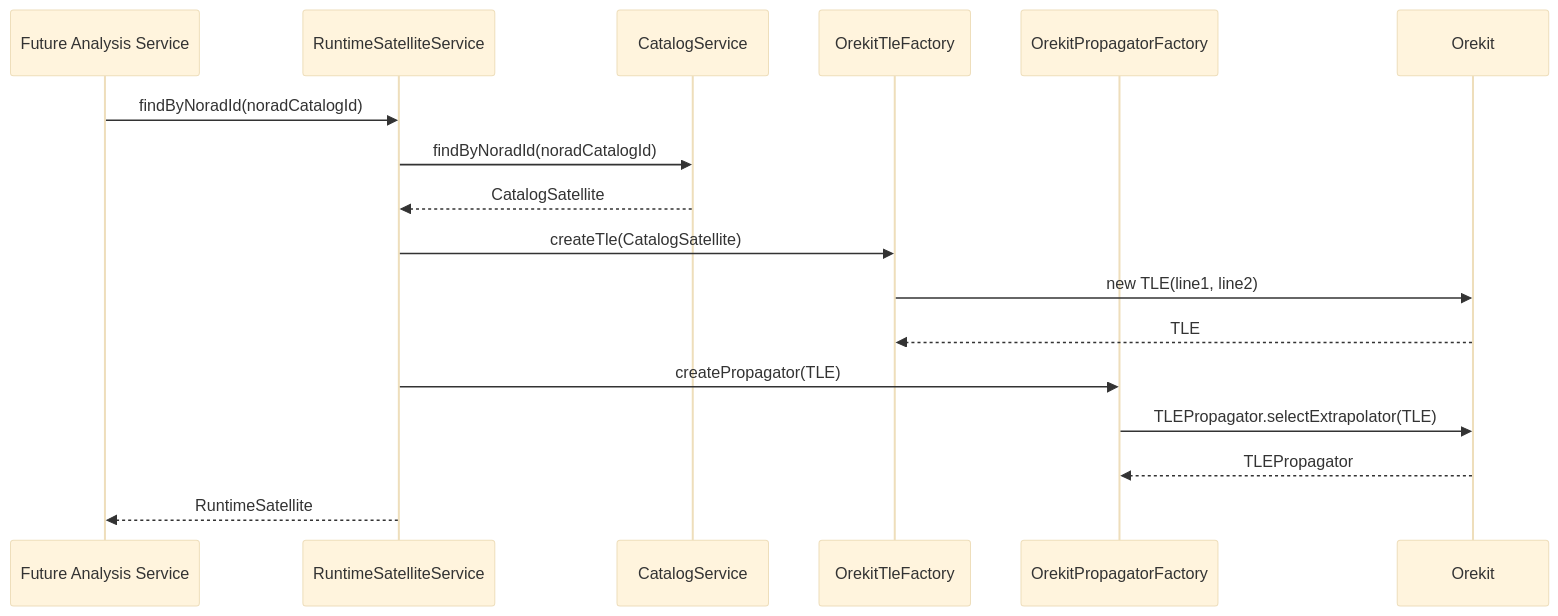
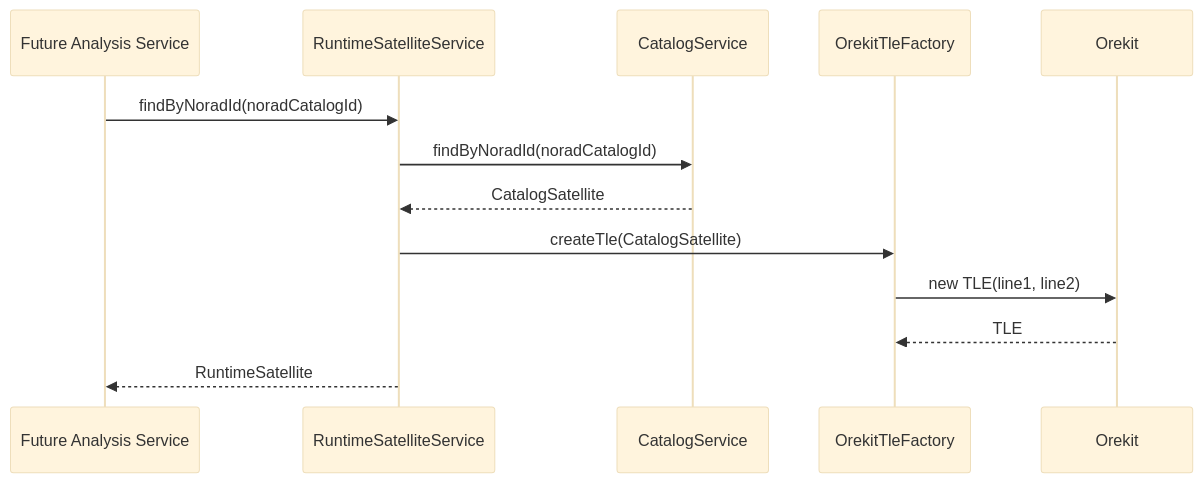
One commit to MadhuSaini22/orbital-visualization-engine changed the third of 3 diagrams in server/docs/public-satellite-catalog.md. Above: the diagram before and after it, drawn with Mermaid (base theme). The commit also changed other lines of this file and 3 other files, not shown here.

Commit message:
feat(runtime): add provider-neutral Orekit runtime bridge

````diff
--- a/server/docs/public-satellite-catalog.md
+++ b/server/docs/public-satellite-catalog.md
@@ -195,20 +195,16 @@
 ```mermaid
 sequenceDiagram
   participant Caller as Future Analysis Service
   participant Runtime as RuntimeSatelliteService
   participant Catalog as CatalogService
   participant TleFactory as OrekitTleFactory
-  participant PropFactory as OrekitPropagatorFactory
   participant Orekit as Orekit
 
   Caller->>Runtime: findByNoradId(noradCatalogId)
   Runtime->>Catalog: findByNoradId(noradCatalogId)
   Catalog-->>Runtime: CatalogSatellite
   Runtime->>TleFactory: createTle(CatalogSatellite)
   TleFactory->>Orekit: new TLE(line1, line2)
   Orekit-->>TleFactory: TLE
-  Runtime->>PropFactory: createPropagator(TLE)
-  PropFactory->>Orekit: TLEPropagator.selectExtrapolator(TLE)
-  Orekit-->>PropFactory: TLEPropagator
   Runtime-->>Caller: RuntimeSatellite
 ```
````
